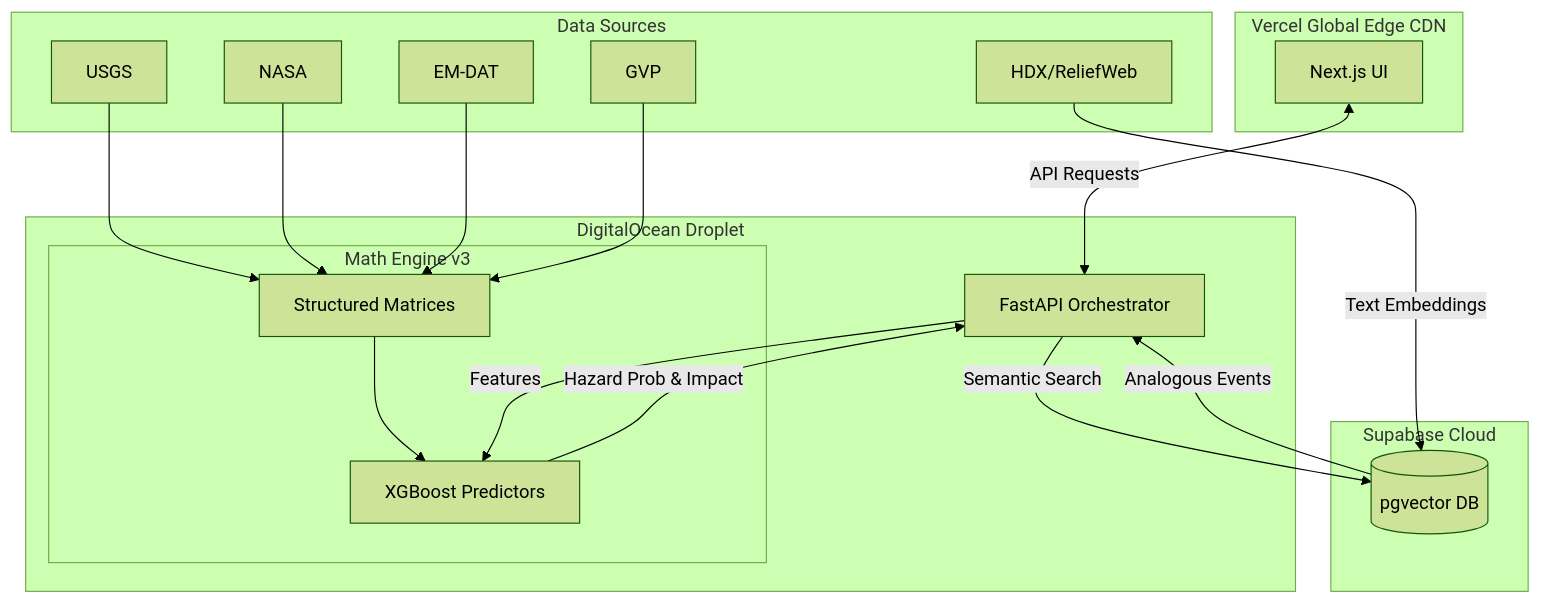
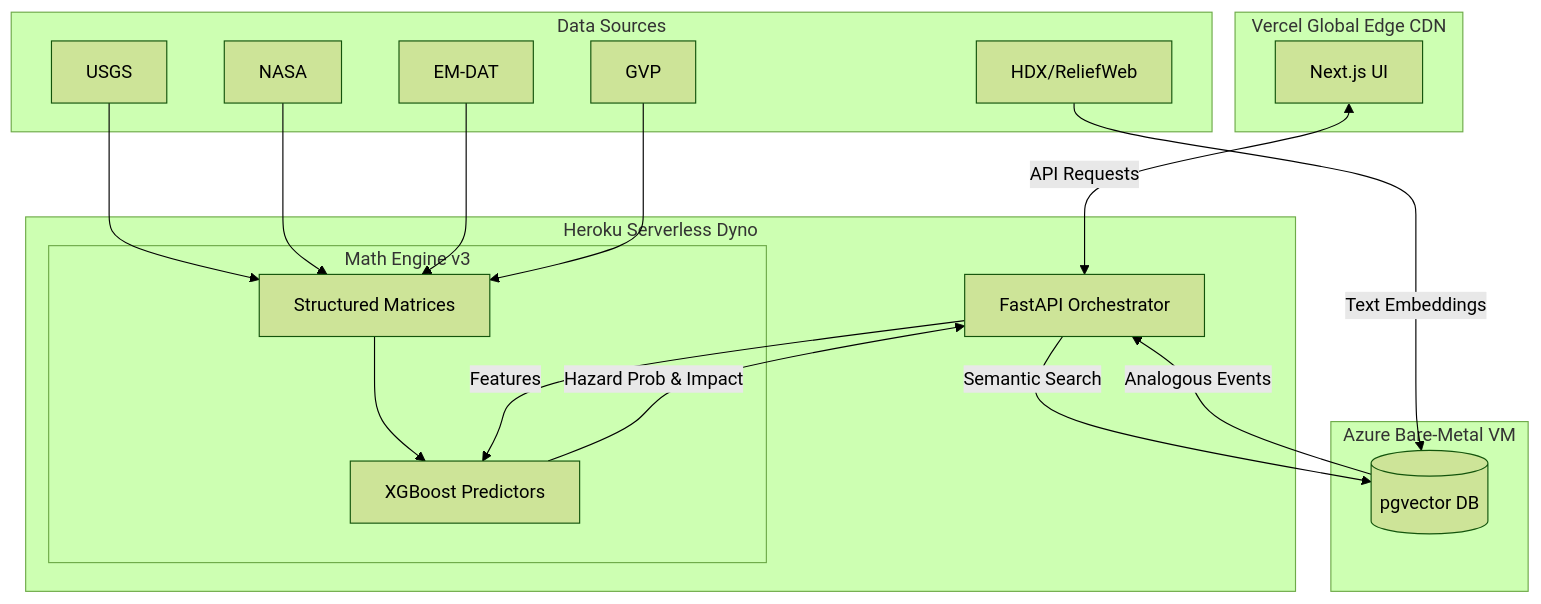
Before and after one commit to divyanshailani/calamity-matrix-core: the first of 2 diagrams in README.md, drawn with Mermaid (forest theme). The commit also changed other lines of this file and 2 other files, not shown here.

Commit message:
docs: comprehensive update documenting heroku decoupling, slug optimization, and v2.2.0 release

````diff
--- a/README.md
+++ b/README.md
@@ -40,29 +40,29 @@
 ```mermaid
 graph TD
     subgraph Frontend [Vercel Global Edge CDN]
         UI[Next.js UI]
     end
 
-    subgraph Backend [DigitalOcean Droplet]
+    subgraph Backend [Heroku Serverless Dyno]
         API[FastAPI Orchestrator]
         
         subgraph Math Engine v3
             Matrices[Structured Matrices] --> XGBoost[XGBoost Predictors]
         end
     end
 
-    subgraph Database [Supabase Cloud]
+    subgraph Database [Azure Bare-Metal VM]
         PGVector[(pgvector DB)]
     end
     
     subgraph Data Sources
         USGS[USGS] & NASA[NASA] & EMDAT[EM-DAT] & GVP[GVP] --> Matrices
         HDX[HDX/ReliefWeb] -->|Text Embeddings| PGVector
     end
 
     UI <-->|API Requests| API
     API -->|Features| XGBoost
     API -->|Semantic Search| PGVector
     XGBoost -->|Hazard Prob & Impact| API
     PGVector -->|Analogous Events| API
 ```
````
